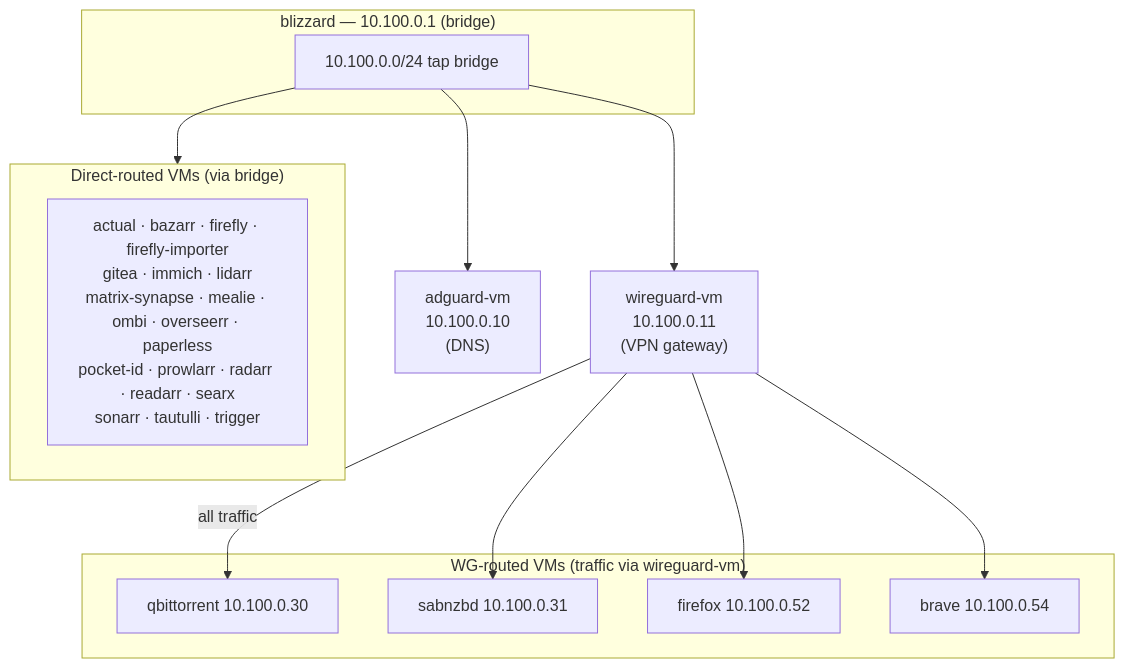
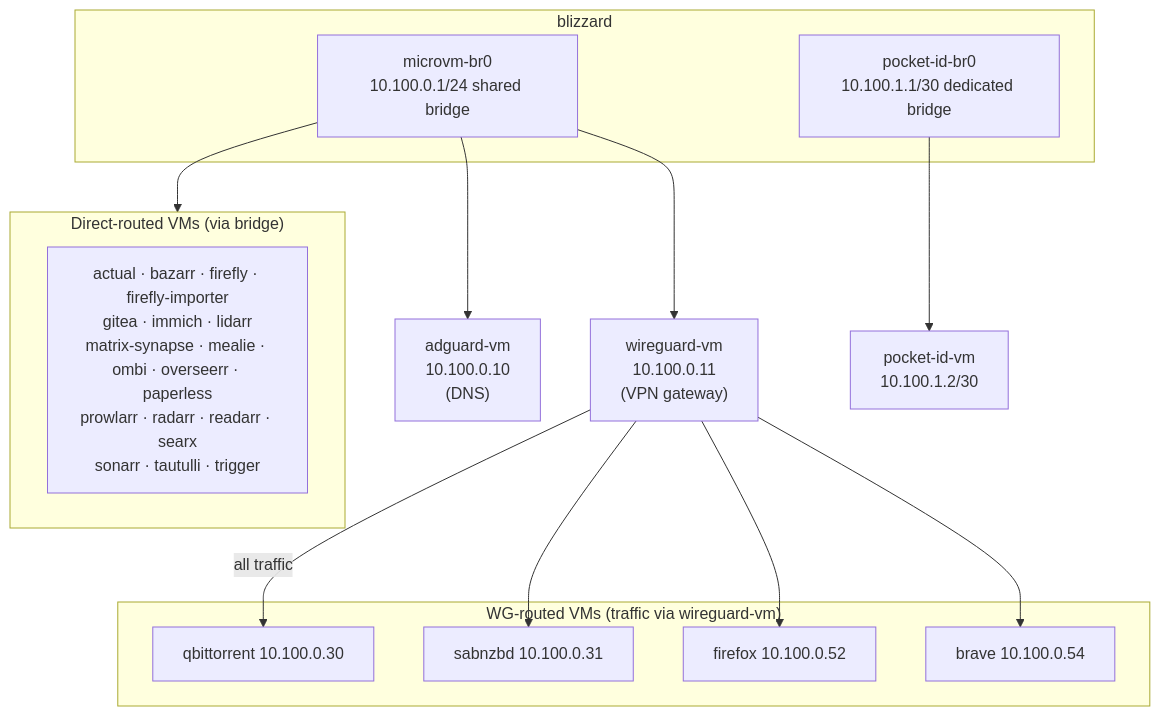
The second of 2 diagrams in vms/README.md (telometto/nix-config), drawn with Mermaid before and after one commit. The commit also changed other lines of this file, not shown here.

Commit message:
feat(pocket-id): update README with dedicated bridge details and correct IP for Pocket ID VM

````diff
--- a/vms/README.md
+++ b/vms/README.md
@@ -31,28 +32,32 @@
 ```mermaid
 flowchart TB
-    subgraph host["blizzard — 10.100.0.1 (bridge)"]
-        bridge["10.100.0.0/24 tap bridge"]
+    subgraph host["blizzard"]
+        bridge["microvm-br0\n10.100.0.1/24 shared bridge"]
+        idbridge["pocket-id-br0\n10.100.1.1/30 dedicated bridge"]
     end
 
     adguard["adguard-vm\n10.100.0.10\n(DNS)"]
     wg["wireguard-vm\n10.100.0.11\n(VPN gateway)"]
 
     subgraph direct["Direct-routed VMs (via bridge)"]
-        d1["actual · bazarr · firefly · firefly-importer\ngitea · immich · lidarr\nmatrix-synapse · mealie · ombi · overseerr · paperless\npocket-id · prowlarr · radarr · readarr · searx\nsonarr · tautulli · trigger"]
+        d1["actual · bazarr · firefly · firefly-importer\ngitea · immich · lidarr\nmatrix-synapse · mealie · ombi · overseerr · paperless\nprowlarr · radarr · readarr · searx\nsonarr · tautulli · trigger"]
     end
 
     subgraph wgrouted["WG-routed VMs (traffic via wireguard-vm)"]
         w1["qbittorrent 10.100.0.30"]
         w2["sabnzbd 10.100.0.31"]
         w3["firefox 10.100.0.52"]
         w4["brave 10.100.0.54"]
     end
 
     bridge --> adguard
     bridge --> wg
     bridge --> direct
     wg -->|"all traffic"| w1
     wg --> w2
     wg --> w3
     wg --> w4
+
+    pocket["pocket-id-vm\n10.100.1.2/30"]
+    idbridge --> pocket
 ```
````
